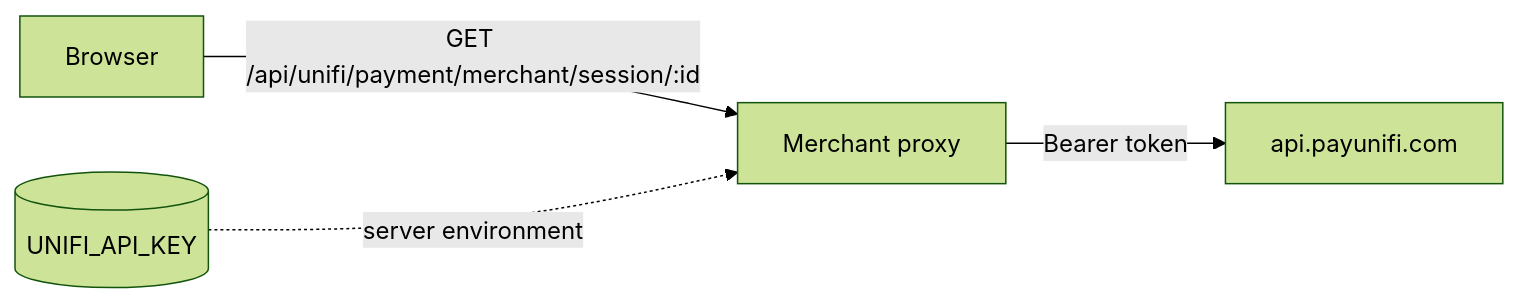
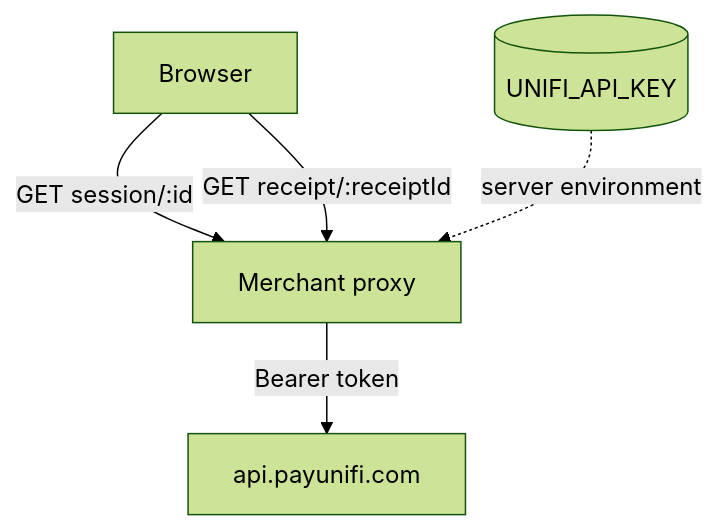
The diagram in payment-gateway/server-proxy.mdx (abhi3700/unifi-docs), drawn with Mermaid (forest theme) before and after one commit. The commit also changed other lines of this file and 6 other files, not shown here.

Commit message:
update payment-gateway section after tracking pay receipt feature

````diff
--- a/payment-gateway/server-proxy.mdx
+++ b/payment-gateway/server-proxy.mdx
@@ -10,6 +10,7 @@
 ```mermaid
-flowchart LR
-    Browser[Browser] -->|GET /api/unifi/payment/merchant/session/:id| Proxy[Merchant proxy]
+flowchart TD
+    Browser[Browser] -->|GET session/:id| Proxy[Merchant proxy]
+    Browser -->|GET receipt/:receiptId| Proxy
     Key[(UNIFI_API_KEY)] -. server environment .-> Proxy
     Proxy -->|Bearer token| API[api.payunifi.com]
 ```
````
